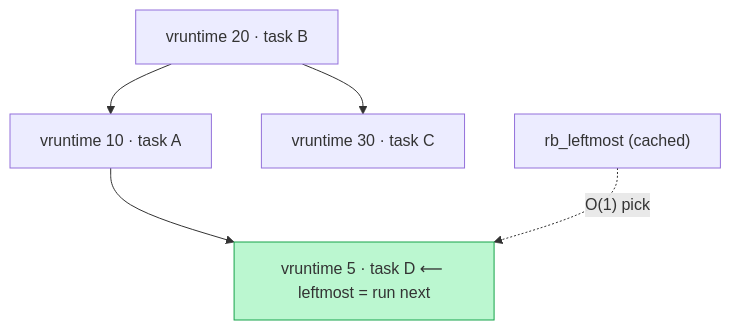
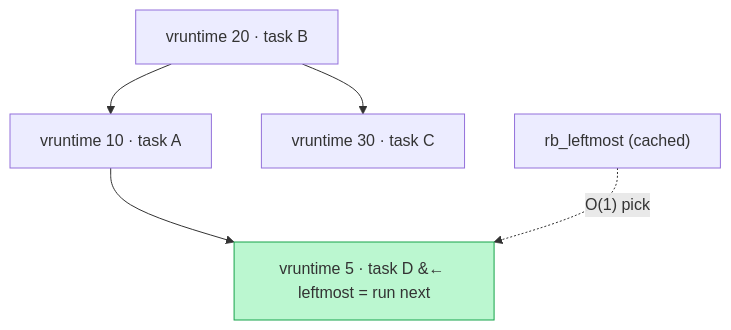
The diagram in content/cortex/data-structures-and-algorithms/11-dsa-in-real-systems/02-linux-red-black-tree-in-the-cfs-scheduler.md (ani2fun/cortex), drawn with Mermaid before and after one commit. The commit also changed other lines of this file and 224 other files, not shown here.

````diff
--- a/content/cortex/data-structures-and-algorithms/11-dsa-in-real-systems/02-linux-red-black-tree-in-the-cfs-scheduler.md
+++ b/content/cortex/data-structures-and-algorithms/11-dsa-in-real-systems/02-linux-red-black-tree-in-the-cfs-scheduler.md
@@ -59,9 +82,9 @@
 ```mermaid
 graph TD
     B["vruntime 20 · task B"] --> A["vruntime 10 · task A"]
     B --> C["vruntime 30 · task C"]
-    A --> D["vruntime 5 · task D ⟵ leftmost = run next"]
+    A --> D["vruntime 5 · task D &#8592; leftmost = run next"]
     cache["rb_leftmost (cached)"] -. O(1) pick .-> D
     classDef pick fill:#bbf7d0,stroke:#16a34a
     class D pick
 ```
````
